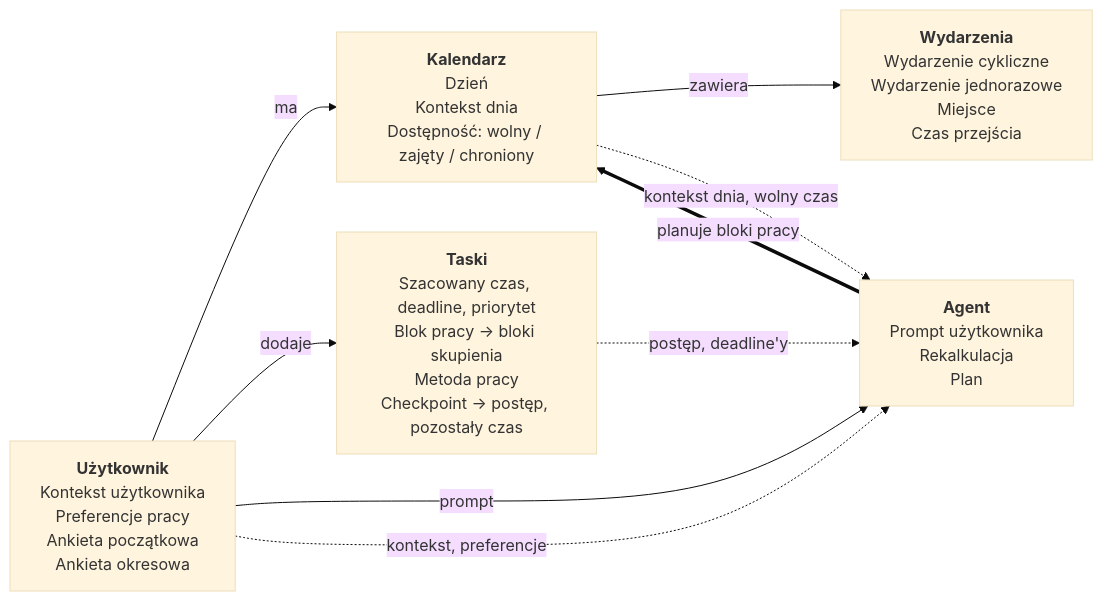
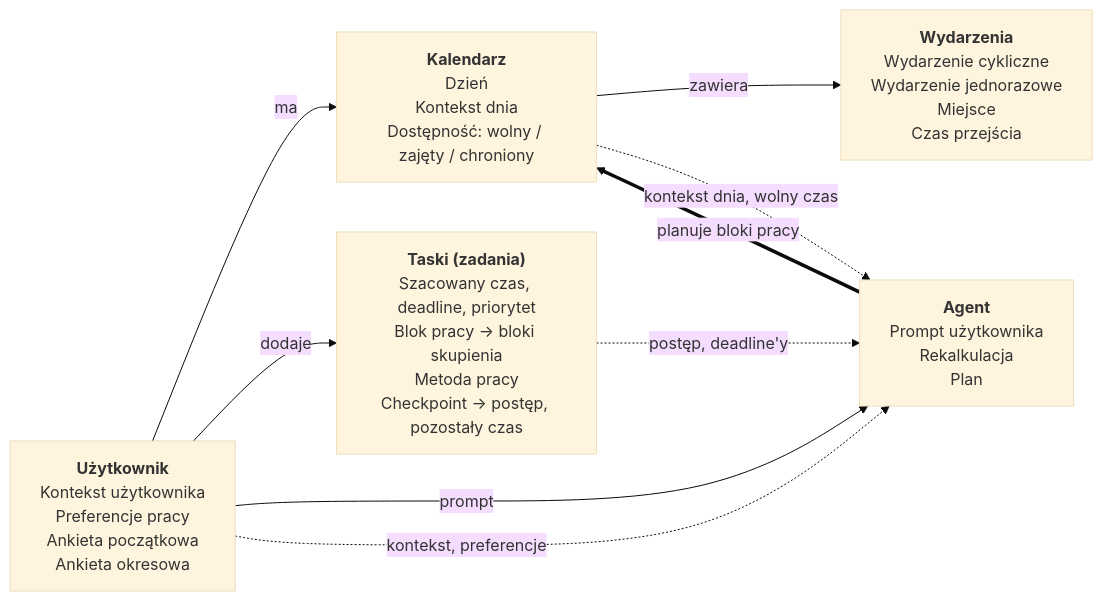
One commit to mwelpa-pw/IO1-Pro changed the diagram in docs/glossary.md. Above: the diagram before and after it, drawn with Mermaid (base theme). The commit also changed other lines of this file and 1 other file, not shown here.

````diff
--- a/docs/glossary.md
+++ b/docs/glossary.md
@@ -61,17 +61,17 @@
 ```mermaid
 flowchart LR
   U["<b>Użytkownik</b><br/>Kontekst użytkownika<br/>Preferencje pracy<br/>Ankieta początkowa<br/>Ankieta okresowa"]
   K["<b>Kalendarz</b><br/>Dzień<br/>Kontekst dnia<br/>Dostępność: wolny / zajęty / chroniony"]
   W["<b>Wydarzenia</b><br/>Wydarzenie cykliczne<br/>Wydarzenie jednorazowe<br/>Miejsce<br/>Czas przejścia"]
-  T["<b>Taski</b><br/>Szacowany czas, deadline, priorytet<br/>Blok pracy → bloki skupienia<br/>Metoda pracy<br/>Checkpoint → postęp, pozostały czas"]
+  T["<b>Taski (zadania)</b><br/>Szacowany czas, deadline, priorytet<br/>Blok pracy → bloki skupienia<br/>Metoda pracy<br/>Checkpoint → postęp, pozostały czas"]
   A["<b>Agent</b><br/>Prompt użytkownika<br/>Rekalkulacja<br/>Plan"]
 
   U -->|ma| K
   U -->|dodaje| T
   U -->|prompt| A
   K -->|zawiera| W
   U -. kontekst, preferencje .-> A
   K -. kontekst dnia, wolny czas .-> A
   T -. postęp, deadline'y .-> A
   A ==>|planuje bloki pracy| K
 ```
````
